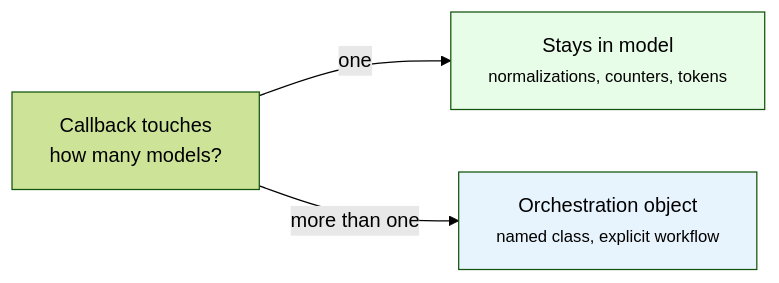
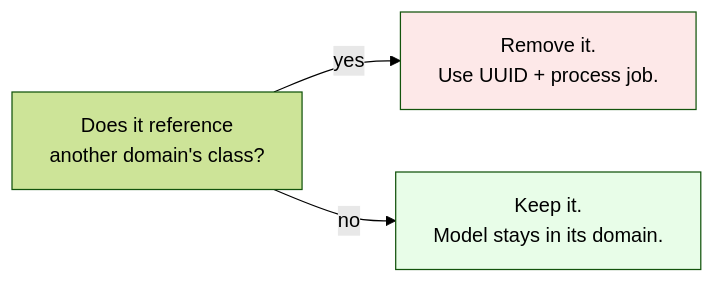
One commit to railswhey/app changed the first of 4 diagrams in README.md. Above: the diagram before and after it, drawn with Mermaid (forest theme). The commit also changed other lines of this file and 195 other files, not shown here.

Commit message:
7A: Drawing domain boundaries that models can't cross

````diff
--- a/README.md
+++ b/README.md
@@ -61,9 +56,9 @@
 ```mermaid
 flowchart LR
-  B["Callback touches<br/>how many models?"]
-  B -->|"one"| S["Stays in model<br/><small>normalizations, counters, tokens</small>"]
-  B -->|"more than one"| O["Orchestration object<br/><small>named class, explicit workflow</small>"]
+  B["Does it reference<br/>another domain's class?"]
+  B -->|"yes"| R["Remove it.<br/>Use UUID + process job."]
+  B -->|"no"| K["Keep it.<br/>Model stays in its domain."]
 
-  style S fill:#e8fde8
-  style O fill:#e8f4fd
+  style R fill:#fde8e8
+  style K fill:#e8fde8
 ```
````
